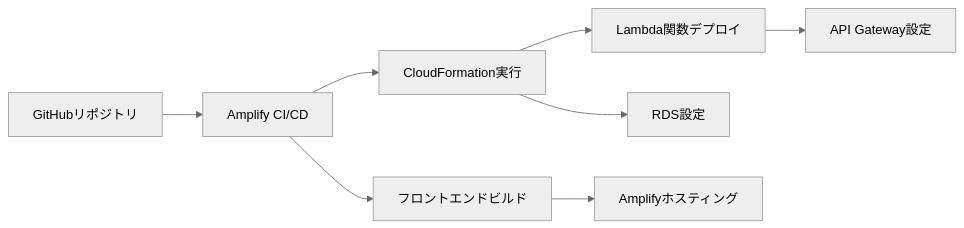
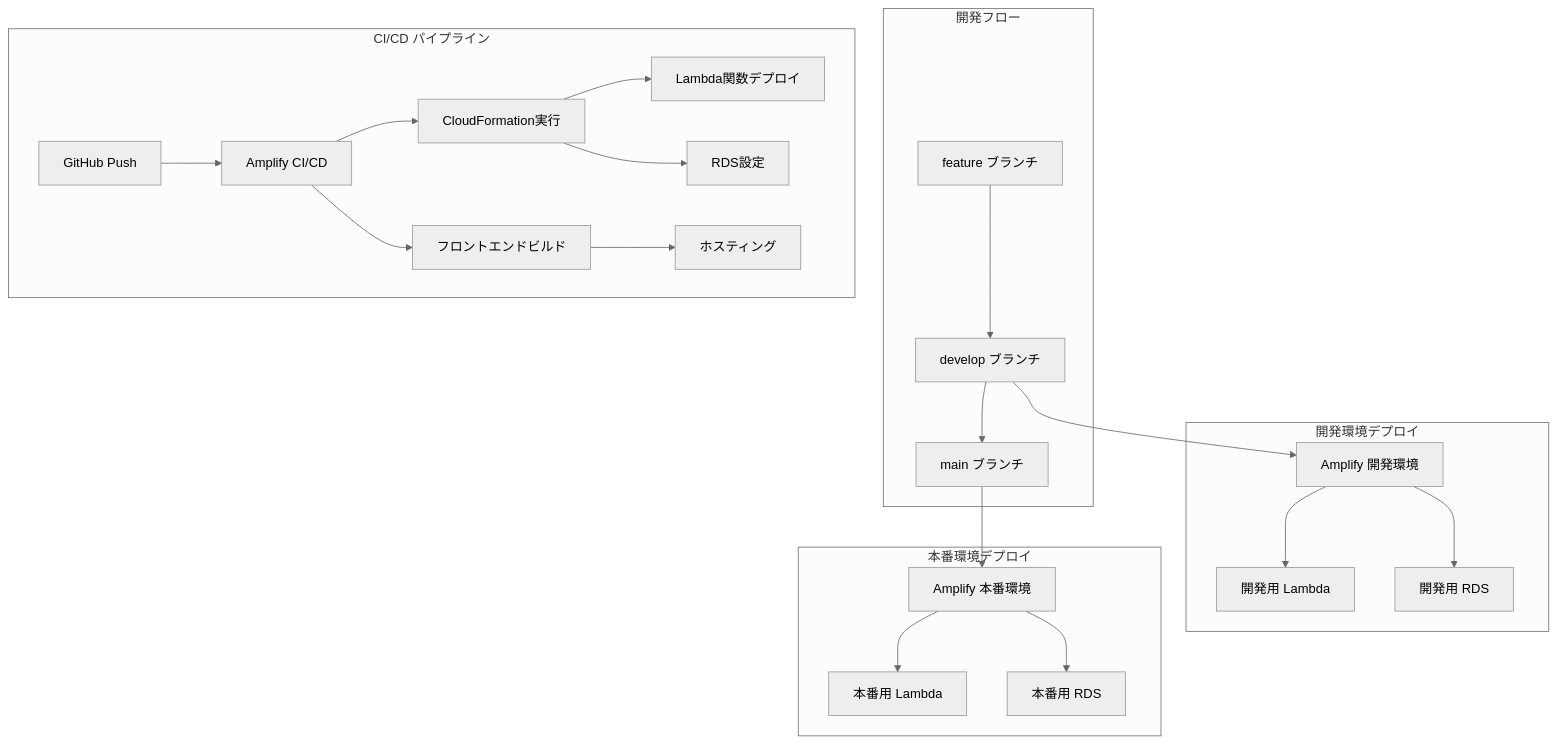
The third of 3 diagrams in .kiro/specs/programming-learning-app/design.md (morikawa-unity/curriculum), drawn with Mermaid (neutral theme) before and after one commit. The commit also changed other lines of this file and 3 other files, not shown here.

First line of the commit message:
Git Flowブランチ戦略の追加

````diff
--- a/.kiro/specs/programming-learning-app/design.md
+++ b/.kiro/specs/programming-learning-app/design.md
@@ -103,10 +130,28 @@
 ```mermaid
-graph LR
-    A[GitHubリポジトリ] --> B[Amplify CI/CD]
-    B --> C[フロントエンドビルド]
-    B --> D[CloudFormation実行]
-    D --> E[Lambda関数デプロイ]
-    D --> F[RDS設定]
-    C --> G[Amplifyホスティング]
-    E --> H[API Gateway設定]
+graph TB
+    subgraph "開発フロー"
+        A[feature ブランチ] --> B[develop ブランチ]
+        B --> C[main ブランチ]
+    end
+
+    subgraph "開発環境デプロイ"
+        B --> D[Amplify 開発環境]
+        D --> E[開発用 Lambda]
+        D --> F[開発用 RDS]
+    end
+
+    subgraph "本番環境デプロイ"
+        C --> G[Amplify 本番環境]
+        G --> H[本番用 Lambda]
+        G --> I[本番用 RDS]
+    end
+
+    subgraph "CI/CD パイプライン"
+        J[GitHub Push] --> K[Amplify CI/CD]
+        K --> L[フロントエンドビルド]
+        K --> M[CloudFormation実行]
+        M --> N[Lambda関数デプロイ]
+        M --> O[RDS設定]
+        L --> P[ホスティング]
+    end
 ```
````
